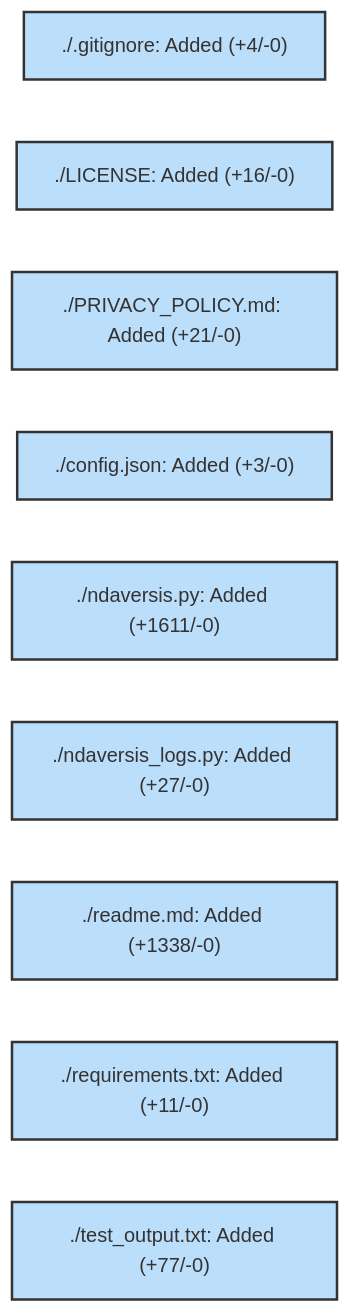
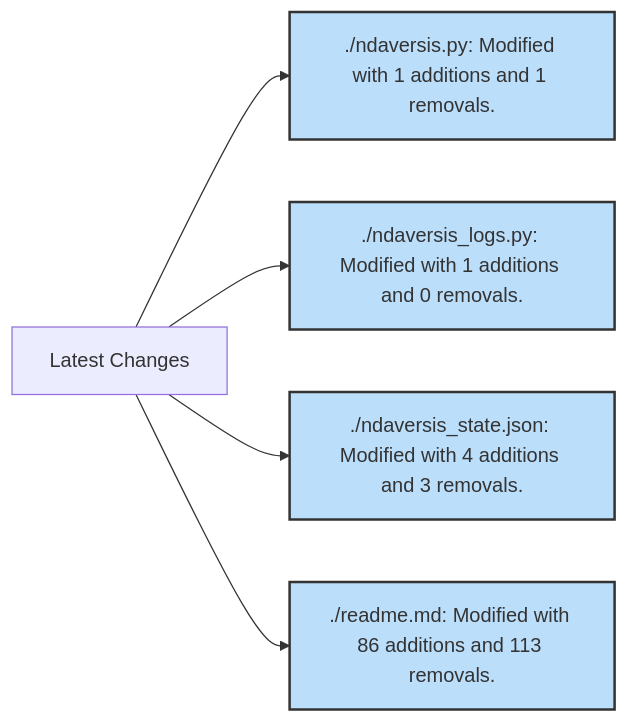
Before and after one commit to lystwork/ndaversis: the sixth of 7 diagrams in readme.md, drawn with Mermaid. The commit also changed other lines of this file and 3 other files, not shown here.

````diff
--- a/readme.md
+++ b/readme.md
@@ -449,21 +416,12 @@
 ```mermaid
 graph LR
-    gitignore["./.gitignore: Added (+4/-0)"]
-    style gitignore fill:#bbdefb,stroke:#333,stroke-width:2px
-    LICENSE["./LICENSE: Added (+16/-0)"]
-    style LICENSE fill:#bbdefb,stroke:#333,stroke-width:2px
-    PRIVACY_POLICY_md["./PRIVACY_POLICY.md: Added (+21/-0)"]
-    style PRIVACY_POLICY_md fill:#bbdefb,stroke:#333,stroke-width:2px
-    config_json["./config.json: Added (+3/-0)"]
-    style config_json fill:#bbdefb,stroke:#333,stroke-width:2px
-    ndaversis_py["./ndaversis.py: Added (+1611/-0)"]
+    Root["Latest Changes"] --> ndaversis_py & ndaversis_logs_py & ndaversis_state_json & readme_md
+    ndaversis_py["./ndaversis.py: Modified with 1 additions and 1 removals."]
     style ndaversis_py fill:#bbdefb,stroke:#333,stroke-width:2px
-    ndaversis_logs_py["./ndaversis_logs.py: Added (+27/-0)"]
+    ndaversis_logs_py["./ndaversis_logs.py: Modified with 1 additions and 0 removals."]
     style ndaversis_logs_py fill:#bbdefb,stroke:#333,stroke-width:2px
-    readme_md["./readme.md: Added (+1338/-0)"]
+    ndaversis_state_json["./ndaversis_state.json: Modified with 4 additions and 3 removals."]
+    style ndaversis_state_json fill:#bbdefb,stroke:#333,stroke-width:2px
+    readme_md["./readme.md: Modified with 86 additions and 113 removals."]
     style readme_md fill:#bbdefb,stroke:#333,stroke-width:2px
-    requirements_txt["./requirements.txt: Added (+11/-0)"]
-    style requirements_txt fill:#bbdefb,stroke:#333,stroke-width:2px
-    test_output_txt["./test_output.txt: Added (+77/-0)"]
-    style test_output_txt fill:#bbdefb,stroke:#333,stroke-width:2px
 ```
````
